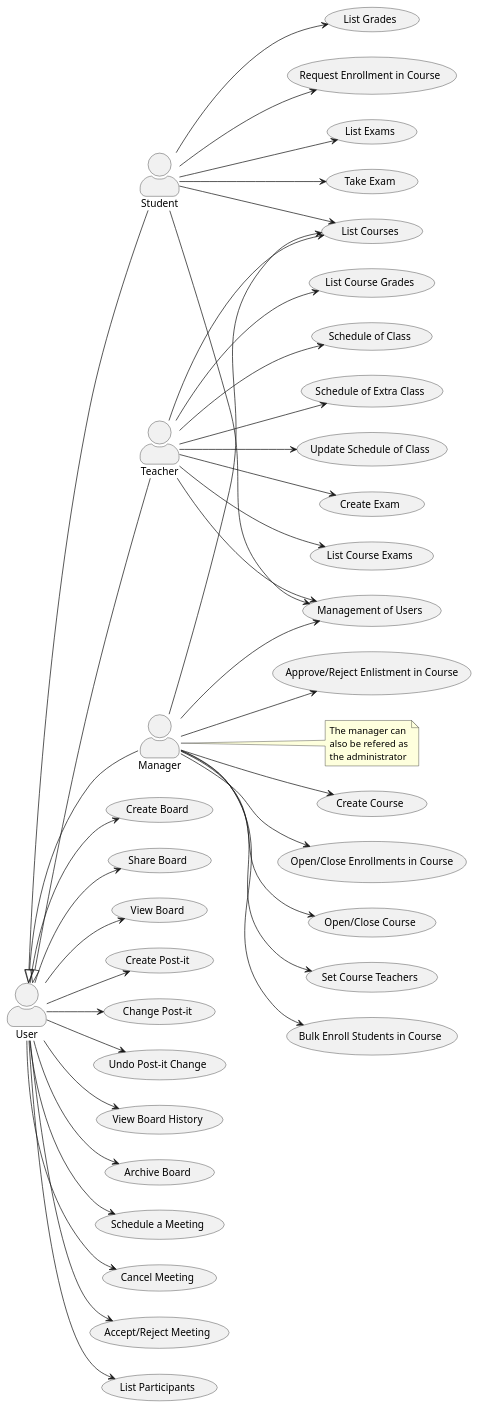
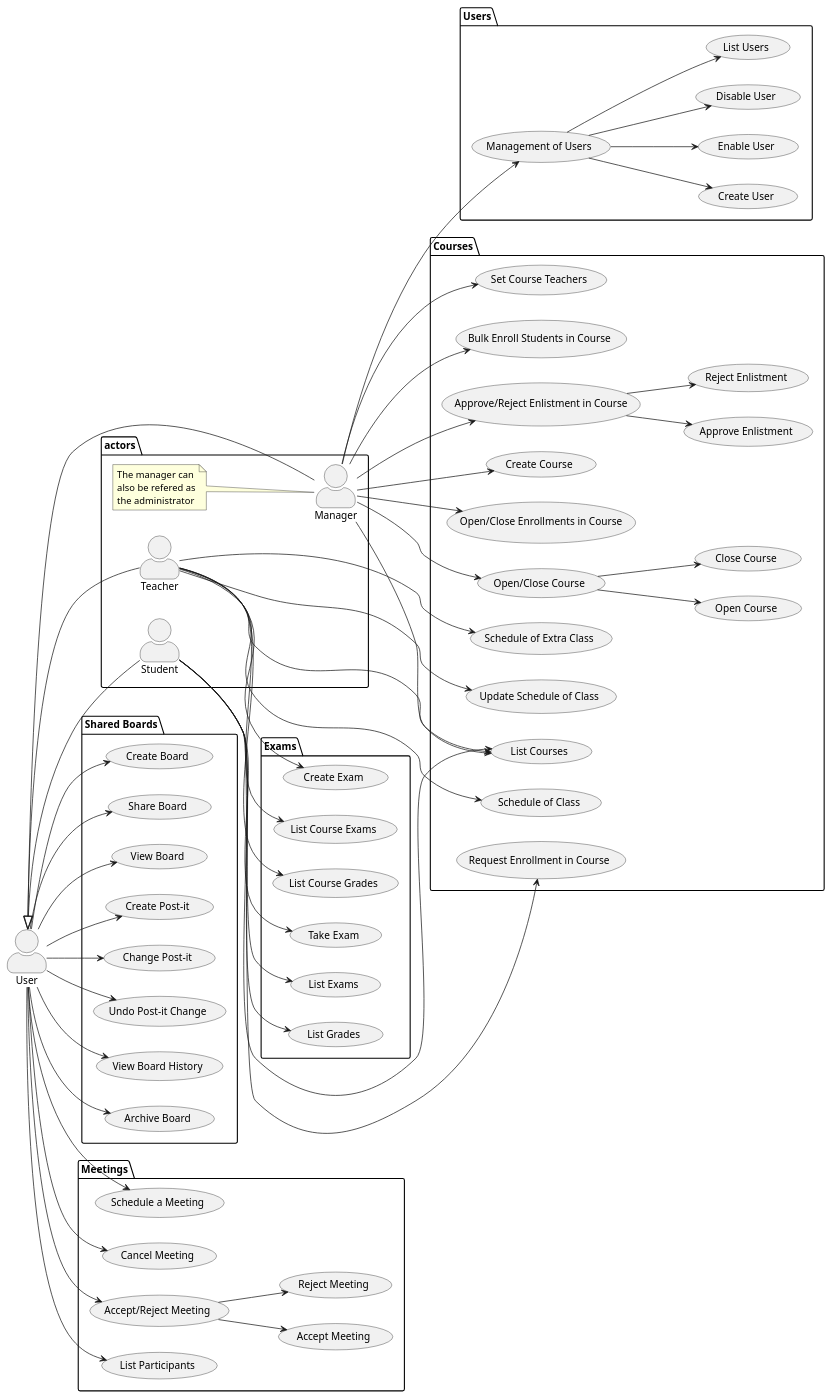
The diagram in docs/UseCaseDiagram.puml (brunacosta03/sem4pi_22_23), drawn with PlantUML before and after one commit. The commit also changed 1 other file, not shown here.

Commit message:
docs: Use Case Diagram package and subtasks update #1

```diff
--- a/docs/UseCaseDiagram.puml
+++ b/docs/UseCaseDiagram.puml
@@ -2,25 +2,50 @@
 skinparam actorStyle awesome
 left to right direction
 
-actor Manager as man
-actor Teacher as tea
-actor Student as stu
+
+package actors{
+    actor Manager as man
+    actor Teacher as tea
+    actor Student as stu
+
+
+
+    note left of man
+        The manager can
+        also be refered as
+        the administrator
+    end note
+}
+
 
 actor User as usr
 
+'----------------------------------------------------------------------------------------------------'
 
-
-note right of man
-    The manager can
-    also be refered as
-    the administrator
-end note
+package Users{
 
 usecase FRU01 as "Management of Users"
 
+usecase FRU01.1 as "Create User"
+
+usecase FRU01.2 as "Enable User"
+
+usecase FRU01.3 as "Disable User"
+
+usecase FRU01.4 as "List Users"
+
 man --> (FRU01)
-tea --> (FRU01)
-stu --> (FRU01)
+FRU01 --> (FRU01.1)
+FRU01 --> (FRU01.2)
+FRU01 --> (FRU01.3)
+FRU01 --> (FRU01.4)
+
+}
+
+'----------------------------------------------------------------------------------------------------'
+
+package Courses{
+
 
 usecase FRC01 as "Create Course"
 
@@ -33,6 +58,12 @@
 usecase FRC03 as "Open/Close Course"
 
 man --> (FRC03)
+
+usecase FRC03.1 as "Open Course"
+usecase FRC03.2 as "Close Course"
+
+(FRC03) --> (FRC03.1)
+(FRC03) --> (FRC03.2)
 
 usecase FRC04 as "Set Course Teachers"
 
@@ -56,6 +87,12 @@
 
 man --> (FRC08)
 
+usecase FRC08.1 as "Approve Enlistment"
+usecase FRC08.2 as "Reject Enlistment"
+
+(FRC08) --> (FRC08.1)
+(FRC08) --> (FRC08.2)
+
 usecase FRC09 as "Schedule of Class"
 
 tea --> (FRC09)
@@ -67,6 +104,12 @@
 usecase FRC11 as "Update Schedule of Class"
 
 tea --> (FRC11)
+
+}
+
+'----------------------------------------------------------------------------------------------------'
+
+package Exams{
 
 usecase FRE01 as "Create Exam"
 
@@ -91,6 +134,12 @@
 usecase FRE06 as "List Course Grades"
 
 tea --> (FRE06)
+
+}
+
+'----------------------------------------------------------------------------------------------------'
+
+package "Shared Boards" as Boards{
 
 usecase FRB01 as "Create Board"
 
@@ -124,6 +173,12 @@
 
 usr --> (FRB08)
 
+}
+
+'----------------------------------------------------------------------------------------------------'
+
+package Meetings{
+
 usecase FRM01 as "Schedule a Meeting"
 
 usr --> (FRM01)
@@ -136,9 +191,19 @@
 
 usr --> (FRM03)
 
+usecase FRM03.1 as "Accept Meeting"
+usecase FRM03.2 as "Reject Meeting"
+
+(FRM03) --> (FRM03.1)
+(FRM03) --> (FRM03.2)
+
 usecase FRM04 as "List Participants"
 
 usr --> (FRM04)
+
+}
+
+'----------------------------------------------------------------------------------------------------'
 
 usr <|-- man
 usr <|-- tea
```
